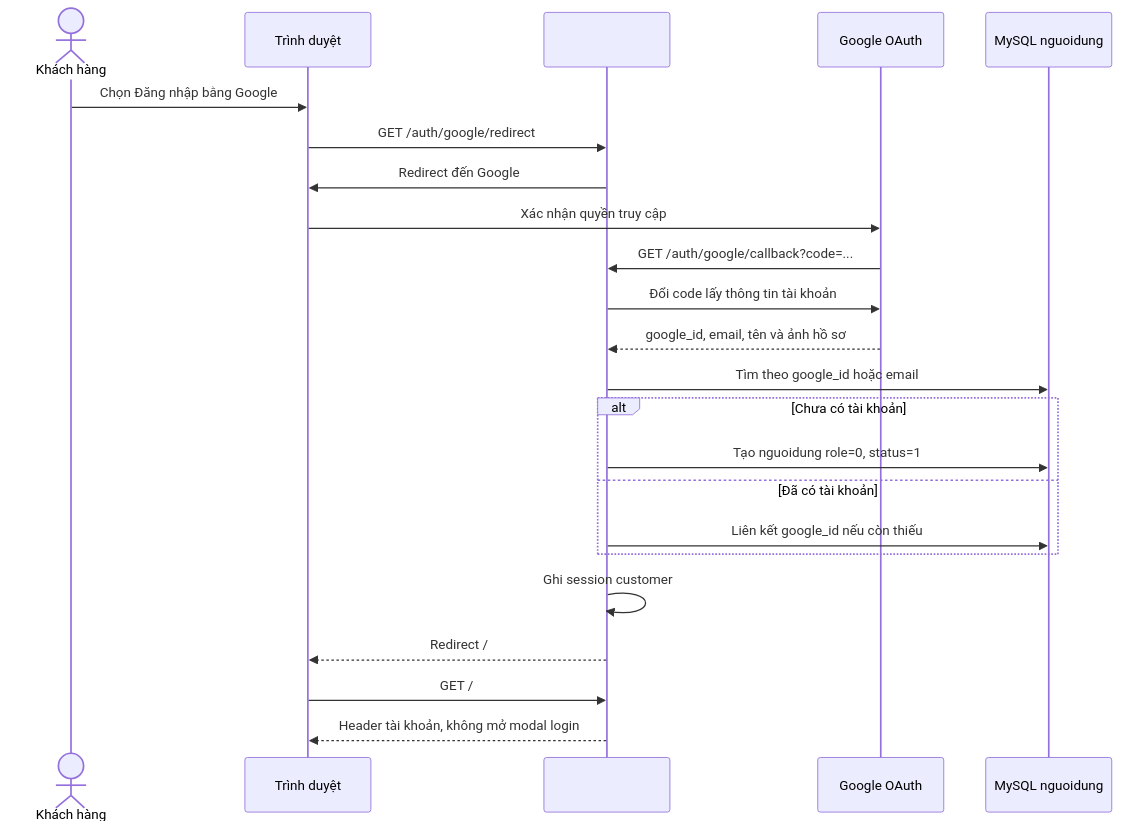
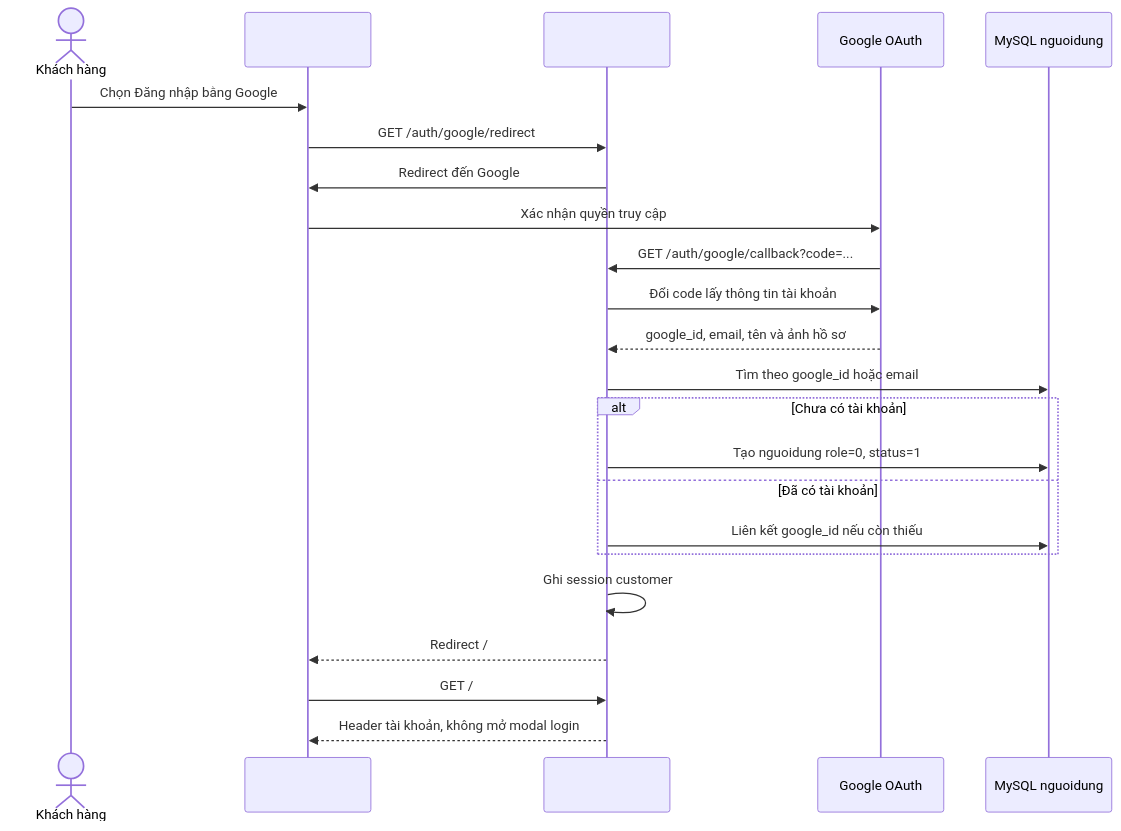
Before and after one commit to ThuanDepzai03/DuAnTotNghiep: the third of 4 diagrams in README.md, drawn with Mermaid.

Commit message:
sửa sản phẩm

````diff
--- a/README.md
+++ b/README.md
@@ -715,26 +715,26 @@
 ```mermaid
 sequenceDiagram
         actor Customer as Khách hàng
-        participant Browser as Trình duyệt
+        participant Browser as 
         participant Laravel as
         participant Google as Google OAuth
         participant DB as MySQL nguoidung
 
         Customer->>Browser: Chọn Đăng nhập bằng Google
         Browser->>Laravel: GET /auth/google/redirect
         Laravel->>Browser: Redirect đến Google
         Browser->>Google: Xác nhận quyền truy cập
         Google->>Laravel: GET /auth/google/callback?code=...
         Laravel->>Google: Đổi code lấy thông tin tài khoản
         Google-->>Laravel: google_id, email, tên và ảnh hồ sơ
         Laravel->>DB: Tìm theo google_id hoặc email
         alt Chưa có tài khoản
                 Laravel->>DB: Tạo nguoidung role=0, status=1
         else Đã có tài khoản
                 Laravel->>DB: Liên kết google_id nếu còn thiếu
         end
         Laravel->>Laravel: Ghi session customer
         Laravel-->>Browser: Redirect /
         Browser->>Laravel: GET /
         Laravel-->>Browser: Header tài khoản, không mở modal login
 ```
````
